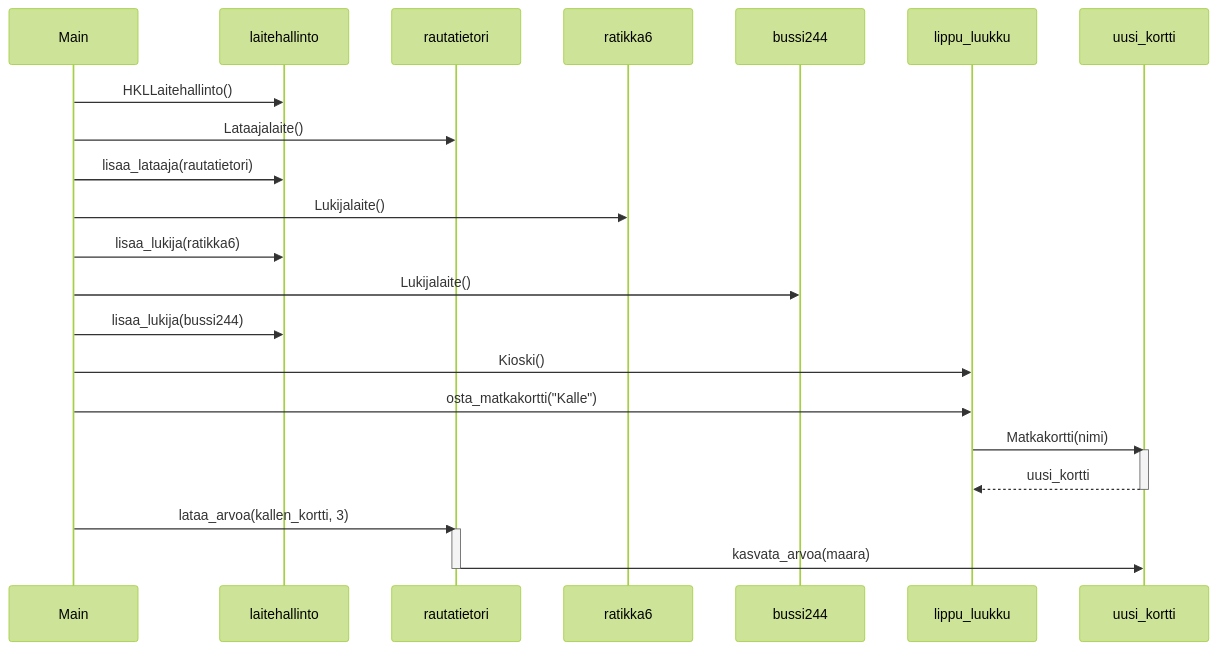
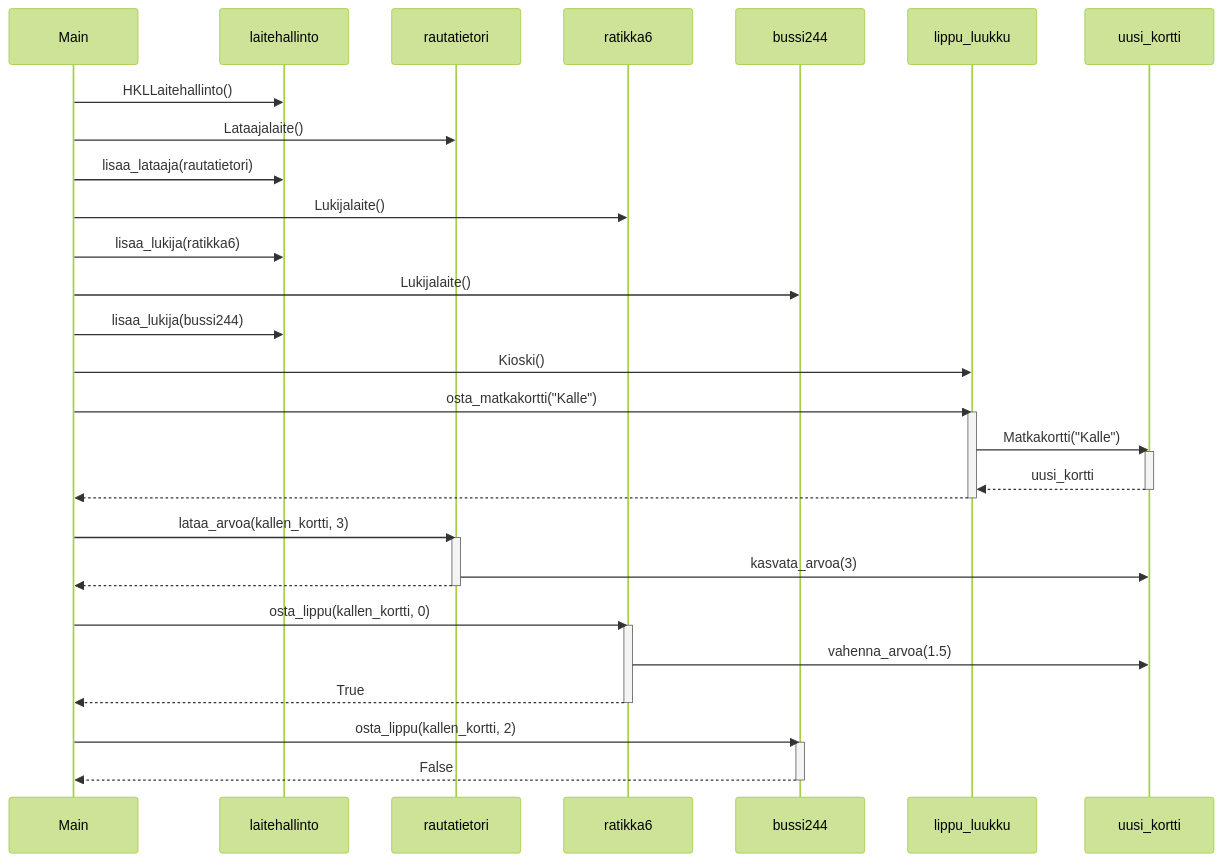
Before and after one commit to SouperSalamander/ot-harjoitustyo: the diagram in laskarit/viikko3/HSL.md, drawn with Mermaid (forest theme).

````diff
--- a/laskarit/viikko3/HSL.md
+++ b/laskarit/viikko3/HSL.md
@@ -1,21 +1,33 @@
 ```mermaid
  sequenceDiagram
     Main ->> laitehallinto: HKLLaitehallinto()
     Main ->> rautatietori: Lataajalaite()
     Main ->> laitehallinto: lisaa_lataaja(rautatietori)
     Main ->> ratikka6: Lukijalaite()
     Main ->> laitehallinto: lisaa_lukija(ratikka6)
     Main ->> bussi244: Lukijalaite()
     Main ->> laitehallinto: lisaa_lukija(bussi244)
     Main ->> lippu_luukku: Kioski()
     Main ->> lippu_luukku: osta_matkakortti("Kalle")
-    lippu_luukku ->> uusi_kortti: Matkakortti(nimi)
+    activate lippu_luukku
+    lippu_luukku ->> uusi_kortti: Matkakortti("Kalle")
     activate uusi_kortti
     uusi_kortti -->> lippu_luukku: uusi_kortti
     deactivate uusi_kortti
+    lippu_luukku -->> Main:    
+    deactivate lippu_luukku
     Main ->> rautatietori: lataa_arvoa(kallen_kortti, 3)
     activate rautatietori
-    rautatietori ->> uusi_kortti: kasvata_arvoa(maara)
+    rautatietori ->> uusi_kortti: kasvata_arvoa(3)
+    rautatietori -->> Main:   
     deactivate rautatietori
-    
+    Main ->> ratikka6: osta_lippu(kallen_kortti, 0)
+    activate ratikka6
+    ratikka6 ->> uusi_kortti: vahenna_arvoa(1.5)
+    ratikka6 -->> Main: True
+    deactivate ratikka6
+    Main ->> bussi244: osta_lippu(kallen_kortti, 2)
+    activate bussi244
+    bussi244 -->> Main: False
+    deactivate bussi244
 ```
````
